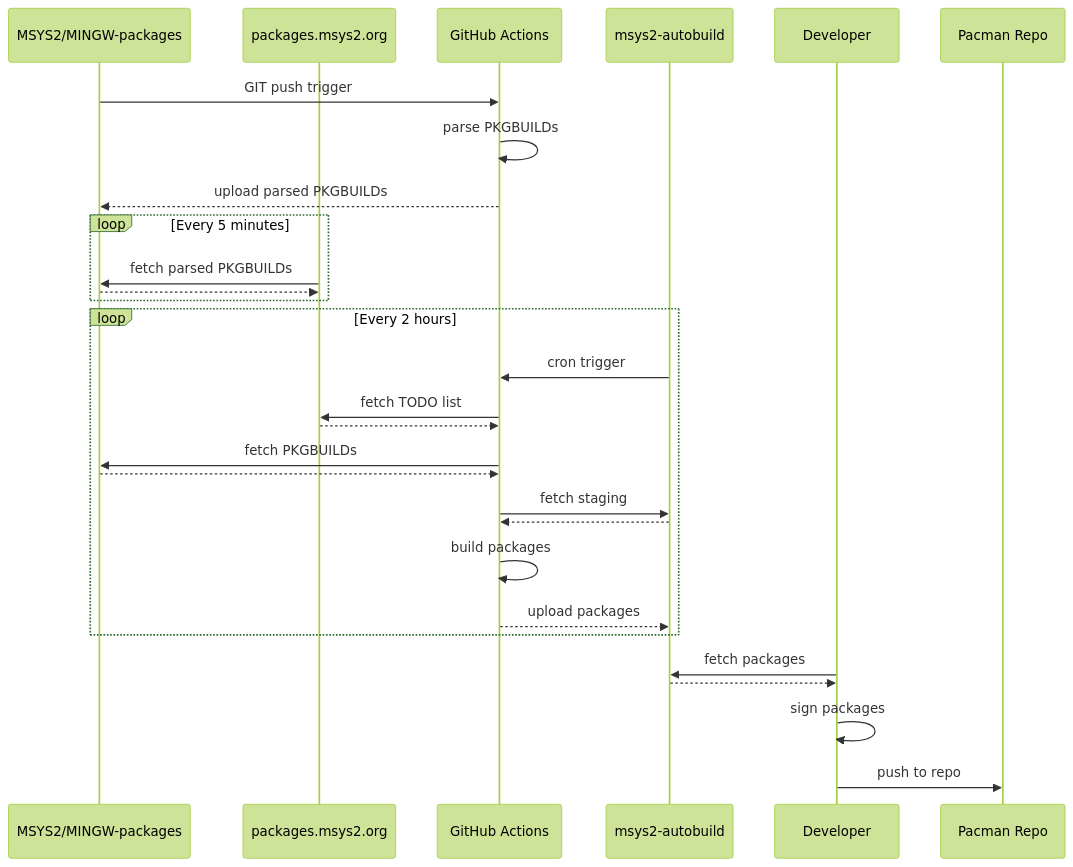
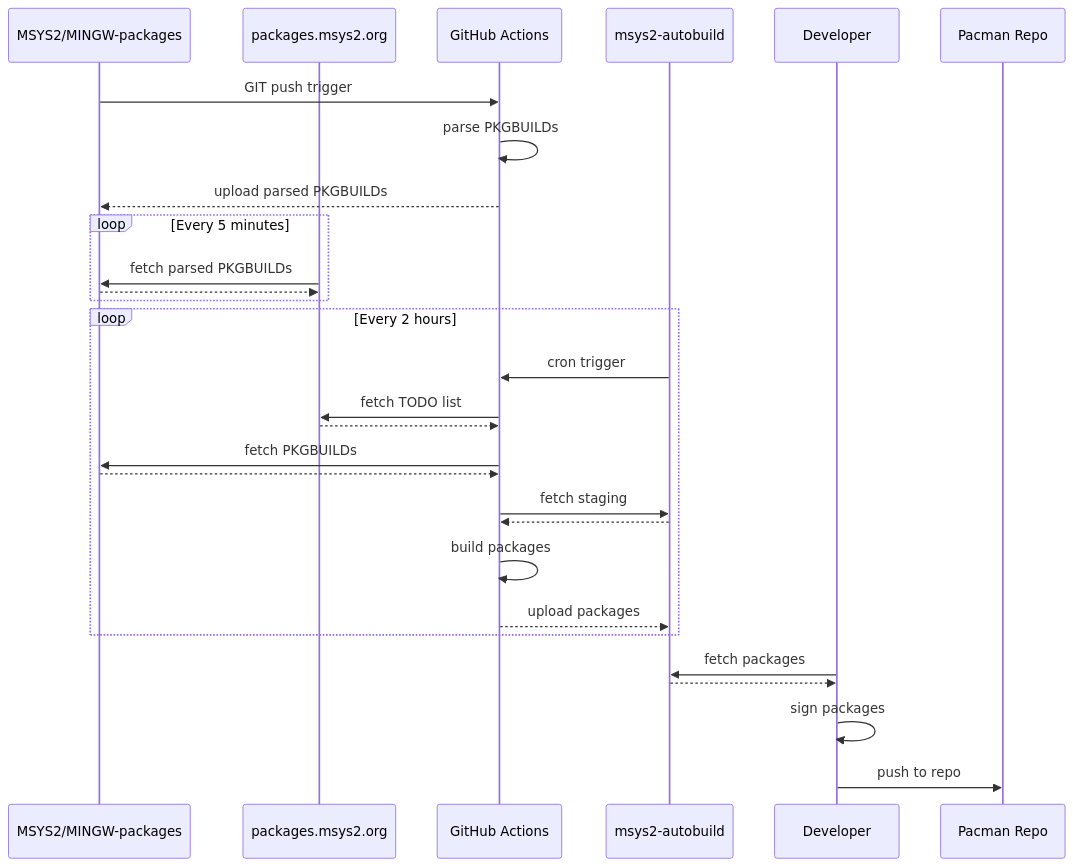
The diagram in README.md (msys2/msys2-autobuild), drawn with Mermaid before and after one commit.

Commit message:
mermaid: don't set a theme
doesn't play well with dark mode

````diff
--- a/README.md
+++ b/README.md
@@ -39,36 +39,35 @@
 ```mermaid
-%%{init: {'theme': 'forest' } }%%
 sequenceDiagram
     participant GIT as MSYS2/MINGW-packages
     participant API as packages.msys2.org
     participant GHA as GitHub Actions
     participant DT as msys2-autobuild
     participant DEV as Developer
     participant REPO as Pacman Repo
 
     GIT->>GHA: GIT push trigger
     GHA->>GHA: parse PKGBUILDs
     GHA-->>GIT: upload parsed PKGBUILDs
 
 loop Every 5 minutes
     API->>GIT: fetch parsed PKGBUILDs
     GIT-->>API: 
 end
 
 loop Every 2 hours
     DT->>GHA: cron trigger
     GHA->>API: fetch TODO list
     API-->>GHA: 
     GHA->>GIT: fetch PKGBUILDs
     GIT-->>GHA: 
     GHA->>DT: fetch staging
     DT-->>GHA: 
     GHA->>GHA: build packages
     GHA-->>DT: upload packages
 end
 
     DEV->>DT: fetch packages
     DT-->>DEV: 
     DEV->>DEV: sign packages
     DEV->>REPO: push to repo
 ```
````
